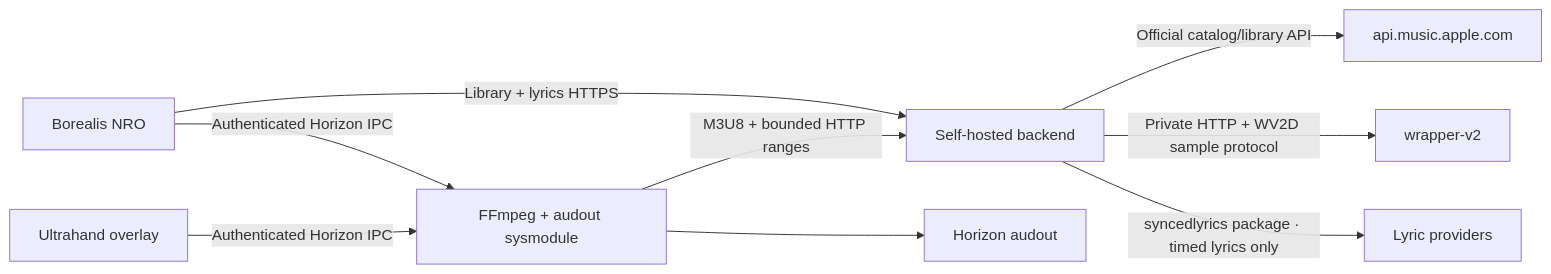
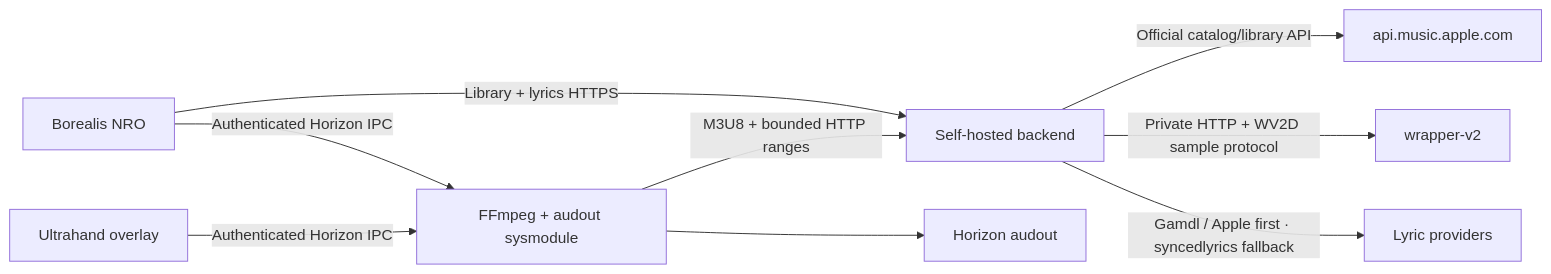
Before and after one commit to jvrcruzGAMES/SwitchAppleMusic: the diagram in docs/ARCHITECTURE.md, drawn with Mermaid. The commit also changed other lines of this file and 7 other files, not shown here.

Commit message:
Prefer Apple Music lyrics through Gamdl before syncedlyrics fallback

````diff
--- a/docs/ARCHITECTURE.md
+++ b/docs/ARCHITECTURE.md
@@ -3,11 +3,11 @@
 ```mermaid
 flowchart LR
   NRO["Borealis NRO"] -->|"Library + lyrics HTTPS"| API["Self-hosted backend"]
   NRO -->|"Authenticated Horizon IPC"| SYS["FFmpeg + audout sysmodule"]
   OVL["Ultrahand overlay"] -->|"Authenticated Horizon IPC"| SYS
   SYS -->|"M3U8 + bounded HTTP ranges"| API
   API -->|"Official catalog/library API"| APPLE["api.music.apple.com"]
   API -->|"Private HTTP + WV2D sample protocol"| WRAP["wrapper-v2"]
-  API -->|"syncedlyrics package · timed lyrics only"| LRC["Lyric providers"]
+  API -->|"Gamdl / Apple first · syncedlyrics fallback"| LRC["Lyric providers"]
   SYS --> AUDIO["Horizon audout"]
 ```
````
